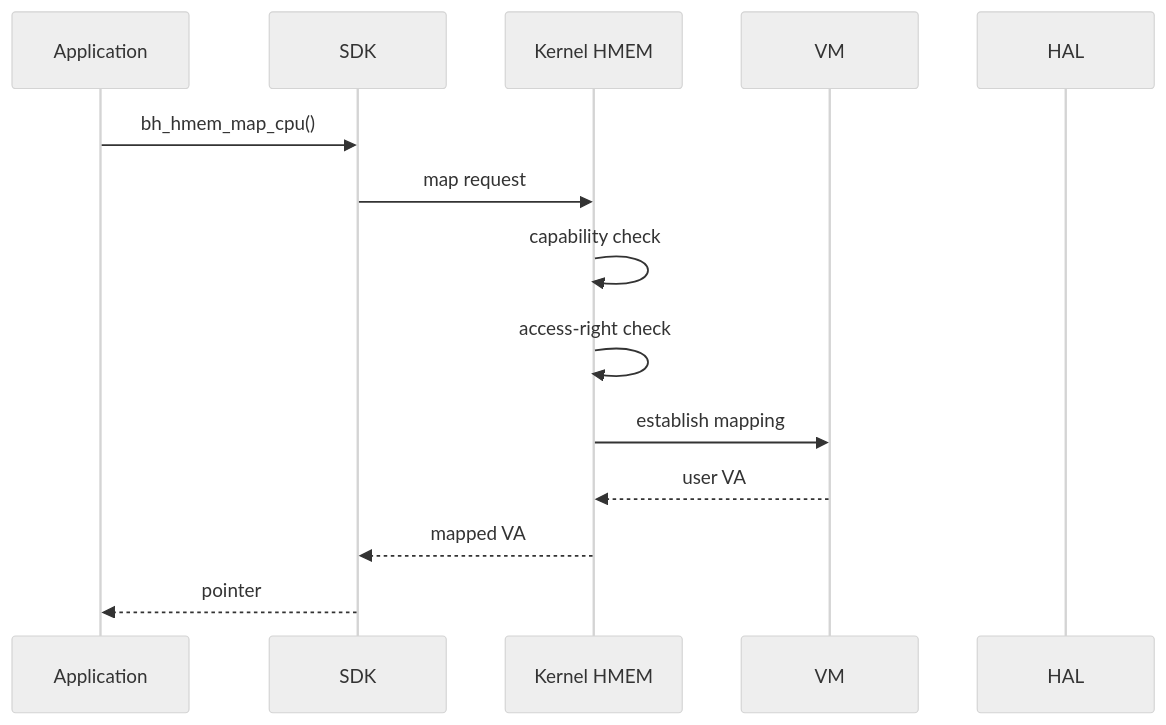
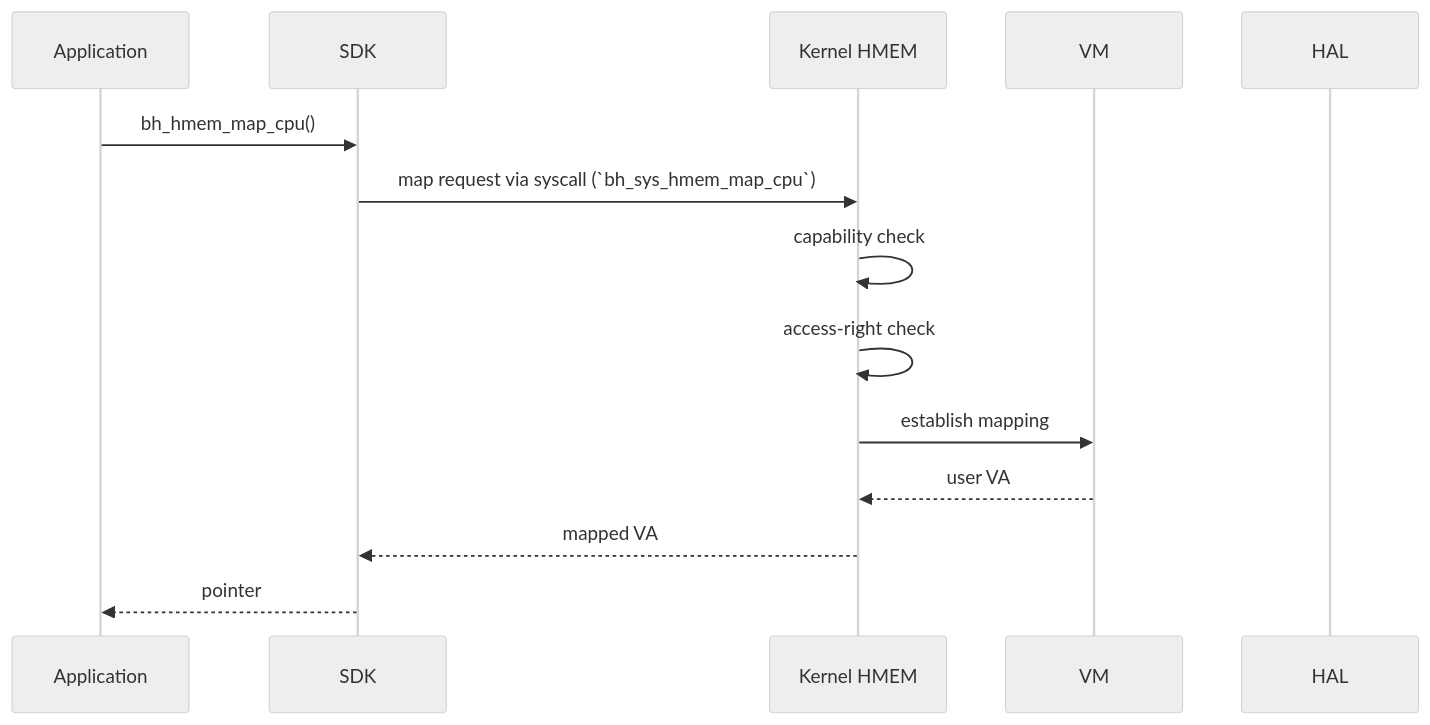
One commit to CloudCarpentry/Bharat-OS changed the third of 4 diagrams in docs/architecture/compute/BHCF-002-hmem.md. Above: the diagram before and after it, drawn with Mermaid (neutral theme). The commit also changed other lines of this file and 21 other files, not shown here.

````diff
--- a/docs/architecture/compute/BHCF-002-hmem.md
+++ b/docs/architecture/compute/BHCF-002-hmem.md
@@ -102,22 +102,22 @@
 ```mermaid
 sequenceDiagram
 
     participant A as Application
     participant SDK as SDK
     participant K as Kernel HMEM
     participant VM as VM
     participant HAL as HAL
 
     A->>SDK: bh_hmem_map_cpu()
-    SDK->>K: map request
+    SDK->>K: map request via syscall (`bh_sys_hmem_map_cpu`)
 
     K->>K: capability check
     K->>K: access-right check
 
     K->>VM: establish mapping
 
     VM-->>K: user VA
     K-->>SDK: mapped VA
 
     SDK-->>A: pointer
 ```
````
